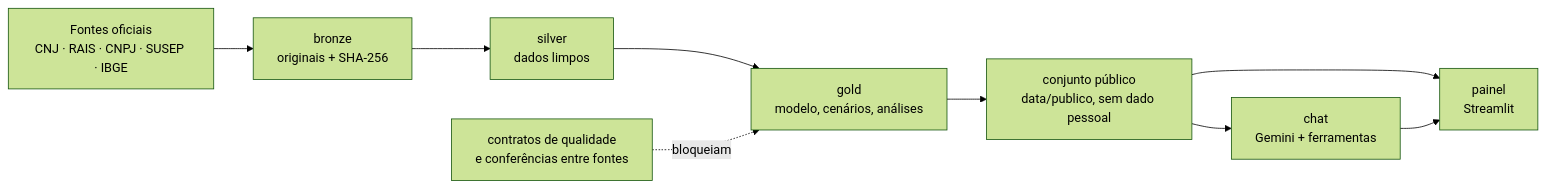
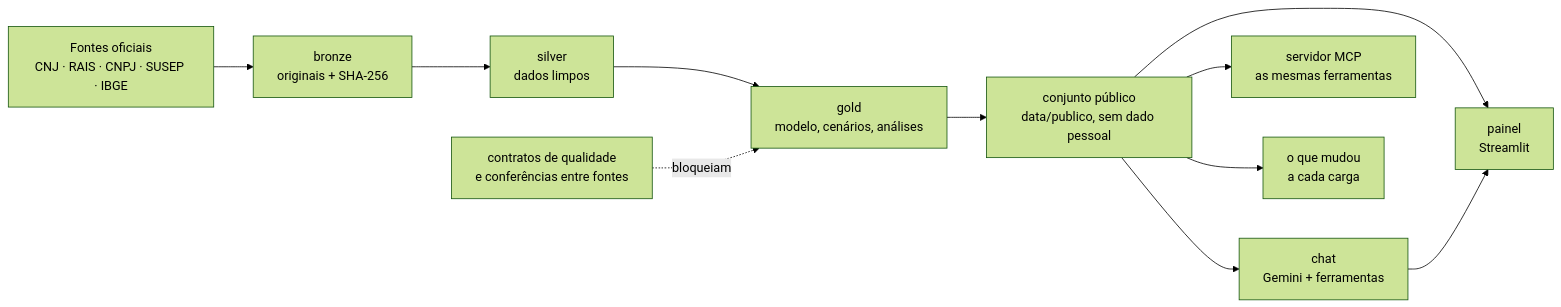
The diagram in README.md (luccaamp/radar-seguro-cartorio), drawn with Mermaid (forest theme) before and after one commit. The commit also changed other lines of this file and 16 other files, not shown here.

First line of the commit message:
Etapa 2: servidor MCP, agente "o que mudou" e avaliação do chat no CI (D-086)

````diff
--- a/README.md
+++ b/README.md
@@ -33,11 +33,13 @@
 ```mermaid
 flowchart LR
     F["Fontes oficiais<br/>CNJ · RAIS · CNPJ · SUSEP · IBGE"] --> B["bronze<br/>originais + SHA-256"]
     B --> S["silver<br/>dados limpos"]
     S --> G["gold<br/>modelo, cenários, análises"]
     C["contratos de qualidade<br/>e conferências entre fontes"] -.bloqueiam.-> G
     G --> P["conjunto público<br/>data/publico, sem dado pessoal"]
     P --> D["painel<br/>Streamlit"]
     P --> CH["chat<br/>Gemini + ferramentas"]
     CH --> D
+    P --> M["servidor MCP<br/>as mesmas ferramentas"]
+    P --> Q["o que mudou<br/>a cada carga"]
 ```
````
